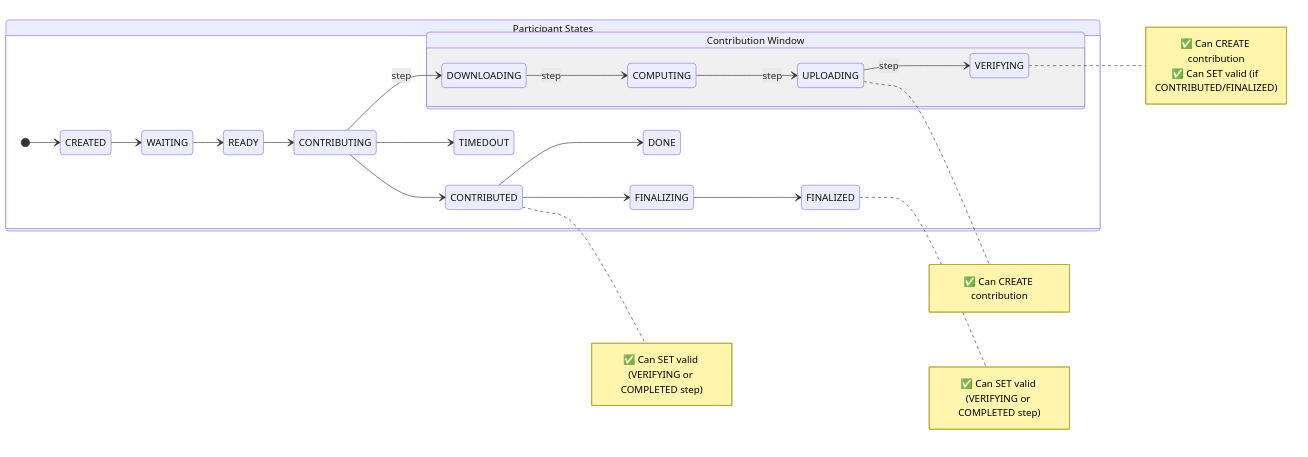
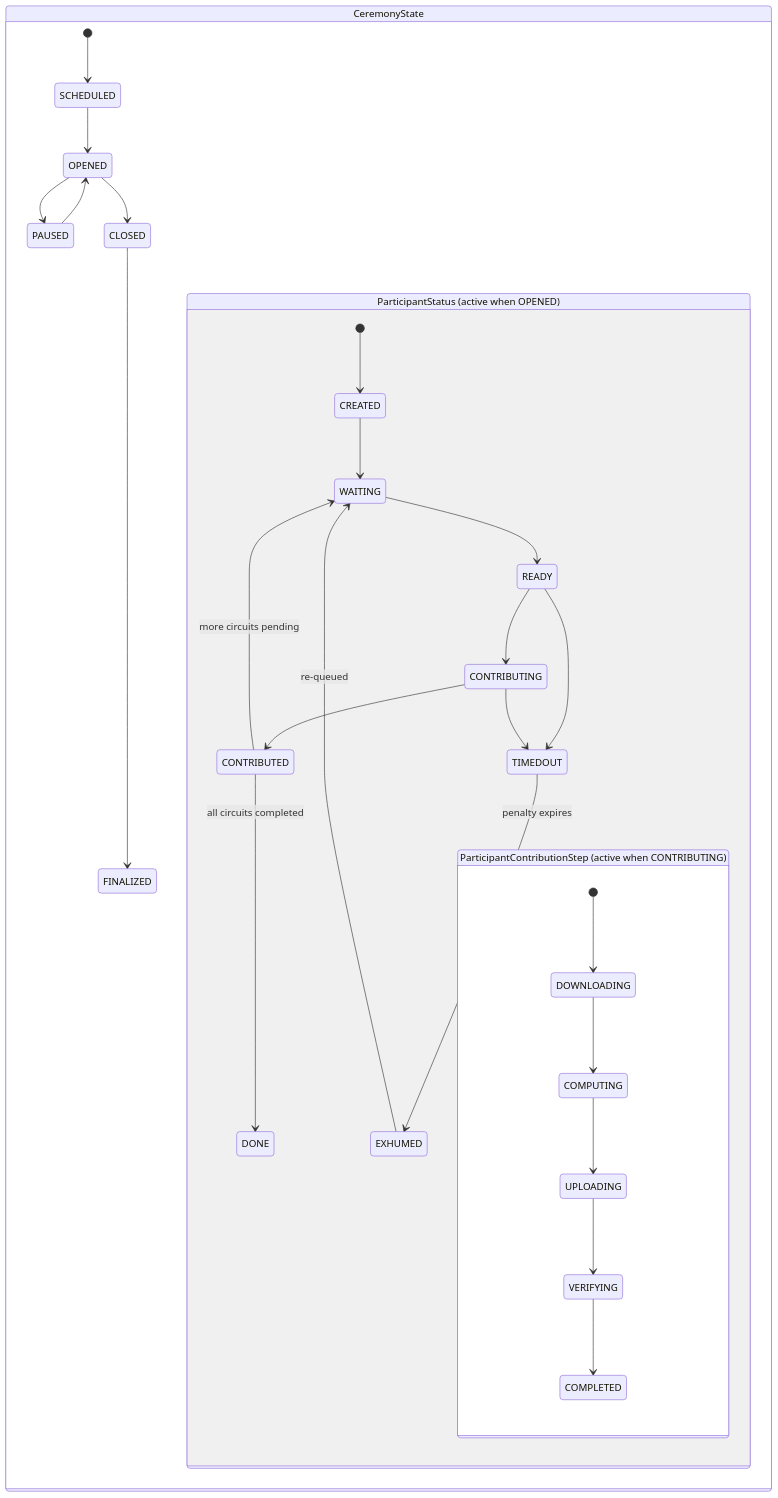
One commit to p0tion-tools/brebaje changed the diagram in apps/website/docs/contributions-lifecycle.md. Above: the diagram before and after it, drawn with Mermaid.

Commit message:
fix(website/docs): fix the diagram of the contributions-lifecycle.md document

````diff
--- a/apps/website/docs/contributions-lifecycle.md
+++ b/apps/website/docs/contributions-lifecycle.md
@@ -7,41 +7,35 @@
 ```mermaid
 stateDiagram-v2
     direction LR
 
-    state "Participant States" as PS {
-        [*] --> CREATED
-        CREATED --> WAITING
-        WAITING --> READY
-        READY --> CONTRIBUTING
+    state "CeremonyState" as CS {
+        [*] --> SCHEDULED
+        SCHEDULED --> OPENED
+        OPENED --> PAUSED
+        PAUSED --> OPENED
+        OPENED --> CLOSED
+        CLOSED --> FINALIZED
 
-        state "Contribution Window" as CW {
-            CONTRIBUTING --> DOWNLOADING : step
-            DOWNLOADING --> COMPUTING : step
-            COMPUTING --> UPLOADING : step
-            UPLOADING --> VERIFYING : step
+        state "ParticipantStatus (active when OPENED)" as PS {
+            [*] --> CREATED
+            CREATED --> WAITING
+            WAITING --> READY
+            READY --> CONTRIBUTING
+            CONTRIBUTING --> CONTRIBUTED
+            CONTRIBUTED --> WAITING : more circuits pending
+            CONTRIBUTED --> DONE : all circuits completed
+            READY --> TIMEDOUT
+            CONTRIBUTING --> TIMEDOUT
+            TIMEDOUT --> EXHUMED : penalty expires
+            EXHUMED --> WAITING : re-queued
+
+            state "ParticipantContributionStep (active when CONTRIBUTING)" as PCS {
+                [*] --> DOWNLOADING
+                DOWNLOADING --> COMPUTING
+                COMPUTING --> UPLOADING
+                UPLOADING --> VERIFYING
+                VERIFYING --> COMPLETED
+            }
         }
-
-        CONTRIBUTING --> CONTRIBUTED
-        CONTRIBUTED --> DONE
-        CONTRIBUTING --> TIMEDOUT
-        CONTRIBUTED --> FINALIZING
-        FINALIZING --> FINALIZED
     }
-
-    note right of UPLOADING
-        ✅ Can CREATE contribution
-    end note
-
-    note right of VERIFYING
-        ✅ Can CREATE contribution
-        ✅ Can SET valid (if CONTRIBUTED/FINALIZED)
-    end note
-
-    note right of CONTRIBUTED
-        ✅ Can SET valid (VERIFYING or COMPLETED step)
-    end note
-
-    note right of FINALIZED
-        ✅ Can SET valid (VERIFYING or COMPLETED step)
-    end note
 ```
````
